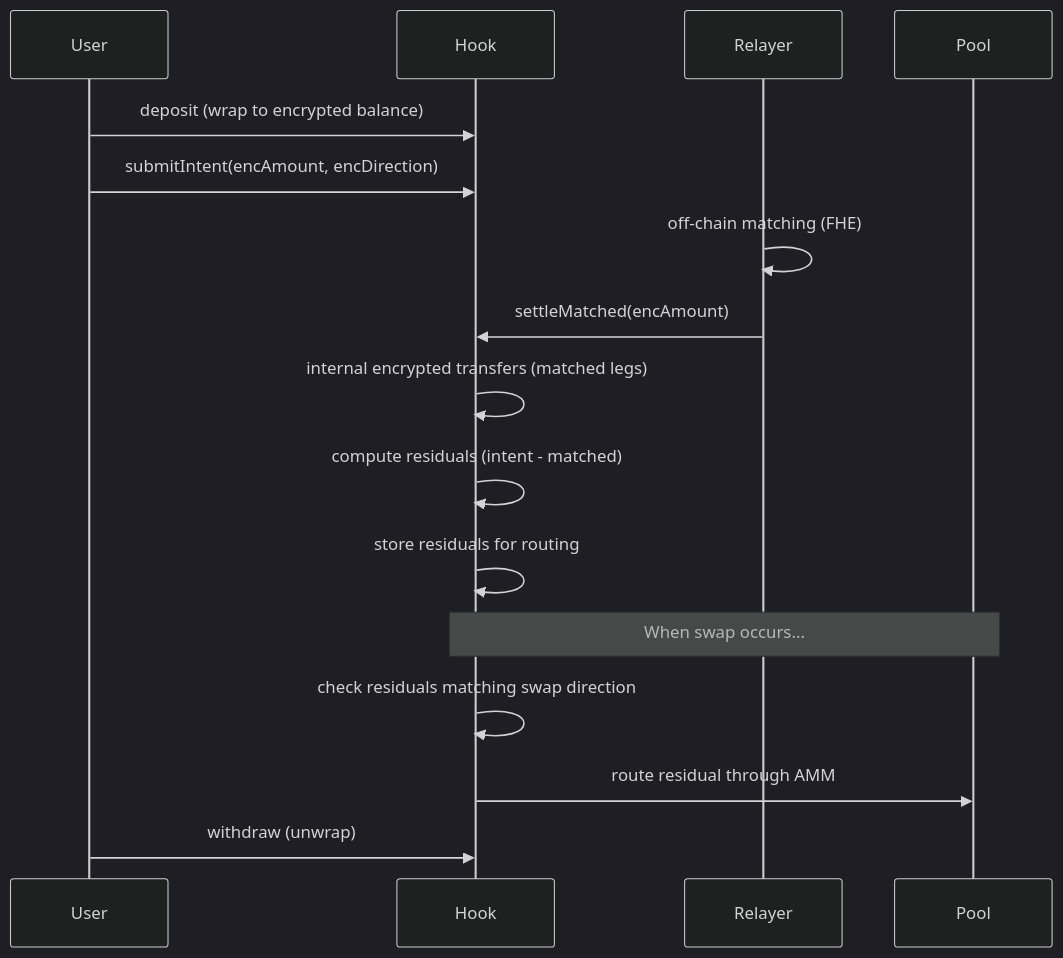
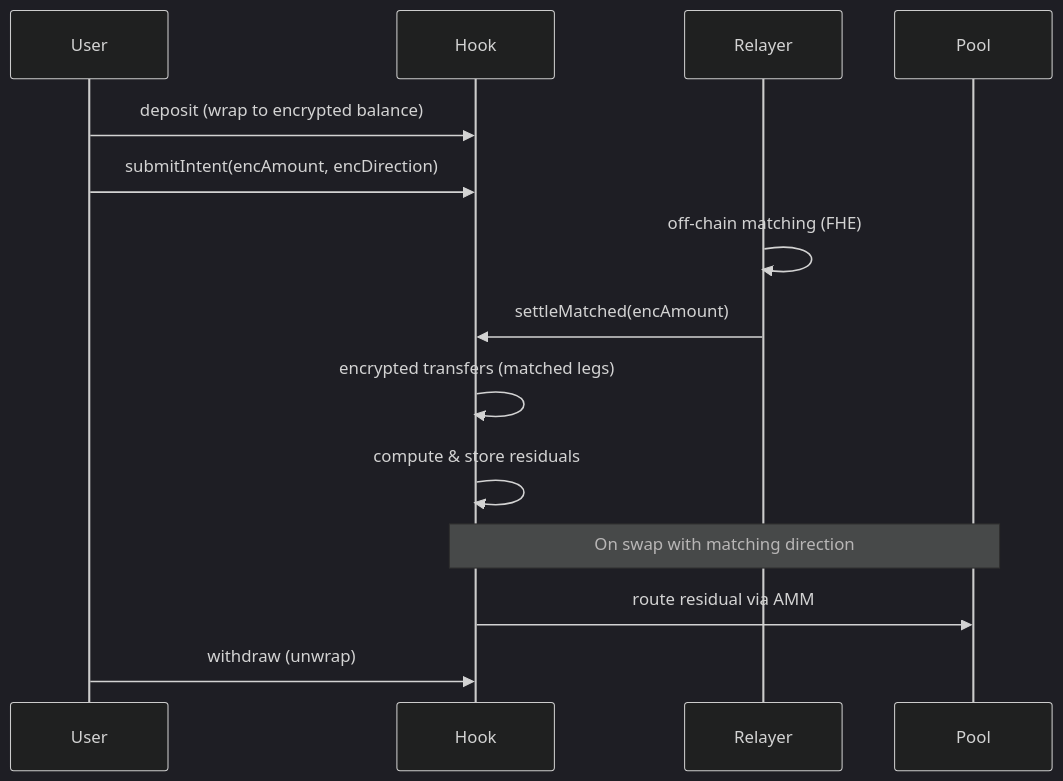
Before and after one commit to KHRAFTSng/PRIVACY-HOOK: the second of 2 diagrams in README.md, drawn with Mermaid (dark theme). The commit also changed other lines of this file, not shown here.

Commit message:
docs: reorganize README with badges, flows, roadmap, testing

````diff
--- a/README.md
+++ b/README.md
@@ -51,18 +45,16 @@
 ```mermaid
 sequenceDiagram
     participant User
     participant Hook
     participant Relayer
     participant Pool
     User->>Hook: deposit (wrap to encrypted balance)
     User->>Hook: submitIntent(encAmount, encDirection)
     Relayer->>Relayer: off-chain matching (FHE)
     Relayer->>Hook: settleMatched(encAmount)
-    Hook->>Hook: internal encrypted transfers (matched legs)
-    Hook->>Hook: compute residuals (intent - matched)
-    Hook->>Hook: store residuals for routing
-    Note over Hook,Pool: When swap occurs...
-    Hook->>Hook: check residuals matching swap direction
-    Hook->>Pool: route residual through AMM
+    Hook->>Hook: encrypted transfers (matched legs)
+    Hook->>Hook: compute & store residuals
+    Note over Hook,Pool: On swap with matching direction
+    Hook->>Pool: route residual via AMM
     User->>Hook: withdraw (unwrap)
 ```
````
